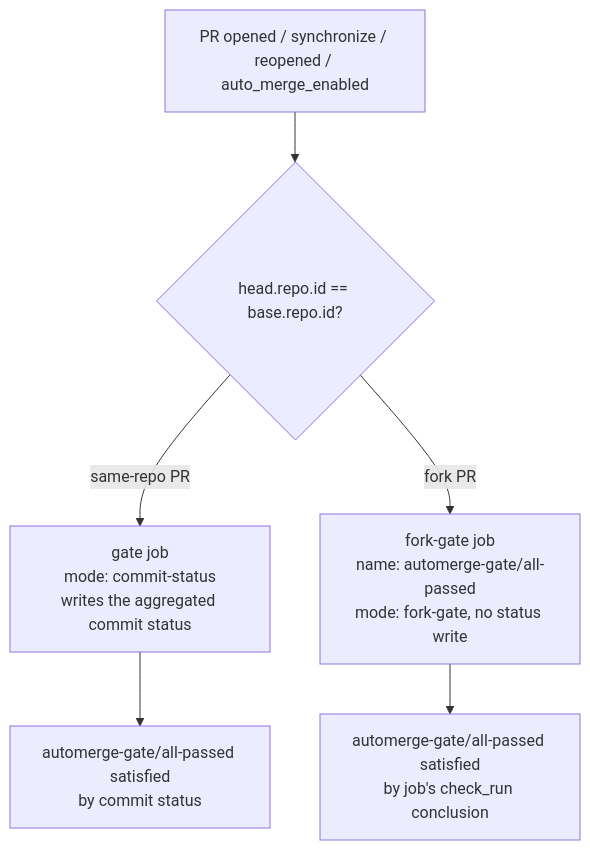
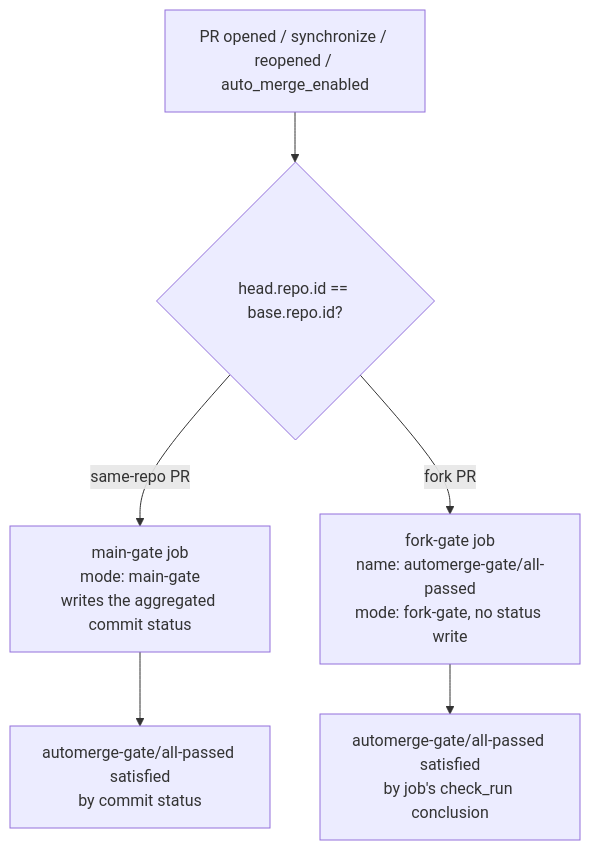
Before and after one commit to pkgdeps/check-suite-gate: the second of 2 diagrams in README.md, drawn with Mermaid. The commit also changed other lines of this file and 5 other files, not shown here.

First line of the commit message:
refactor: rename commit-status mode to main-gate, make mode required

````diff
--- a/README.md
+++ b/README.md
@@ -49,8 +49,8 @@
 ```mermaid
 flowchart TD
     PR[PR opened / synchronize / reopened / auto_merge_enabled] --> Q{head.repo.id == base.repo.id?}
-    Q -->|same-repo PR| Gate[gate job<br/>mode: commit-status<br/>writes the aggregated commit status]
+    Q -->|same-repo PR| Gate[main-gate job<br/>mode: main-gate<br/>writes the aggregated commit status]
     Q -->|fork PR| ForkGate[fork-gate job<br/>name: automerge-gate/all-passed<br/>mode: fork-gate, no status write]
     Gate --> Done[automerge-gate/all-passed satisfied<br/>by commit status]
     ForkGate --> Done2[automerge-gate/all-passed satisfied<br/>by job's check_run conclusion]
 ```
````
